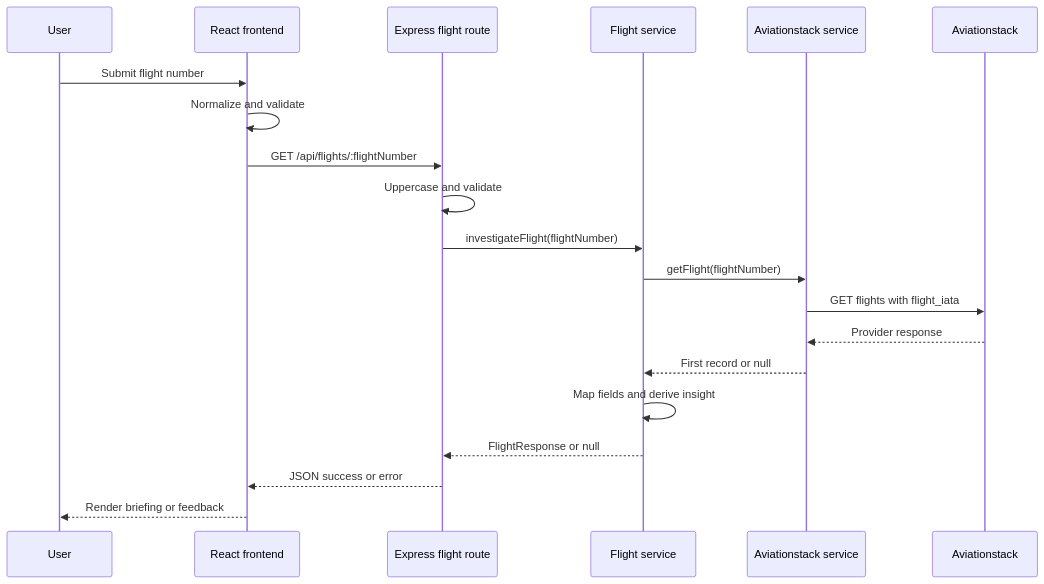
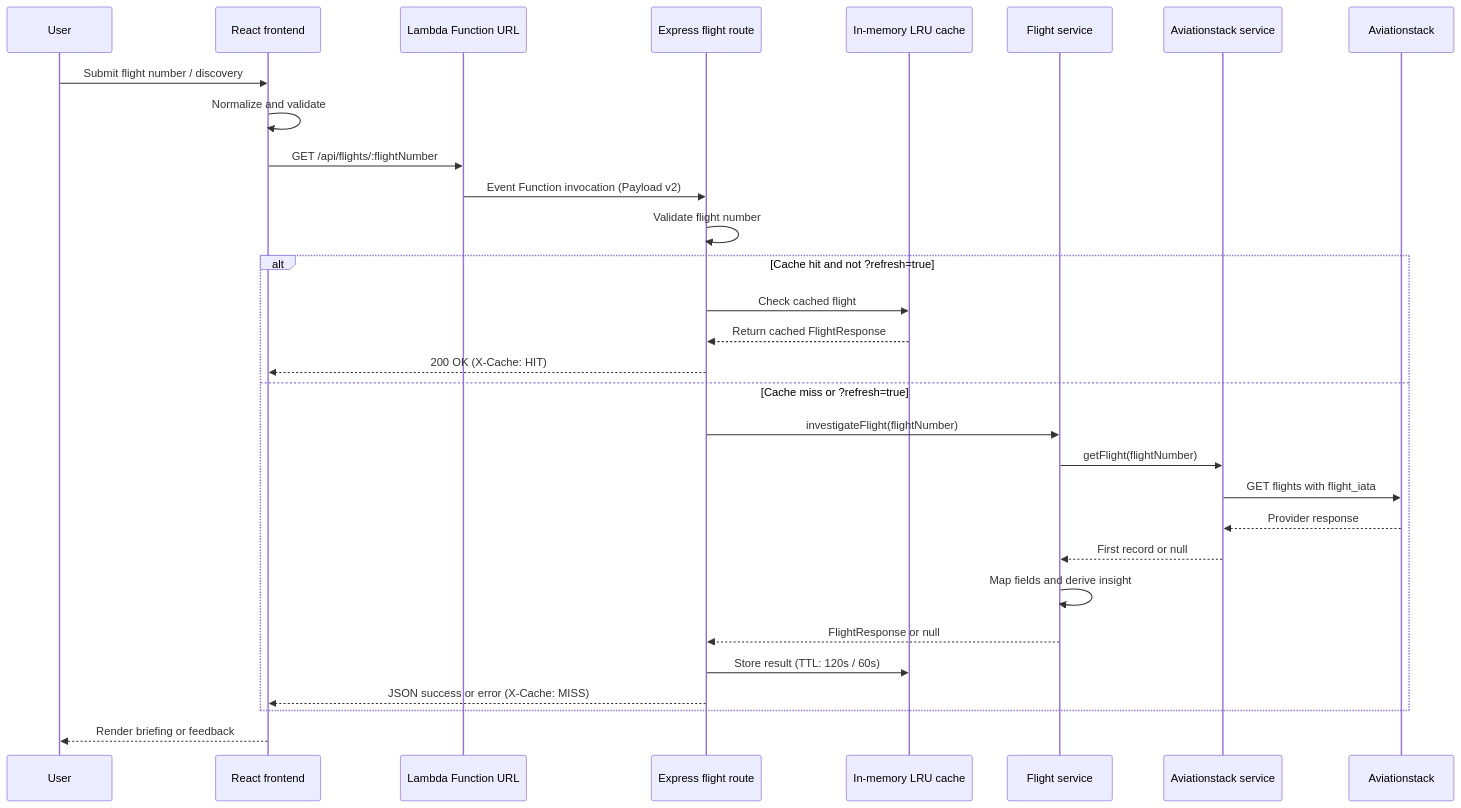
One commit to Yuktha01/flight-detective changed the second of 2 diagrams in docs/HLD.md. Above: the diagram before and after it, drawn with Mermaid. The commit also changed other lines of this file and 3 other files, not shown here.

Commit message:
docs: update HLD, LLD, and system design for Lambda Function URL architecture

````diff
--- a/docs/HLD.md
+++ b/docs/HLD.md
@@ -63,23 +71,33 @@
 ```mermaid
 sequenceDiagram
     participant User
     participant UI as React frontend
+    participant FURL as Lambda Function URL
     participant Route as Express flight route
+    participant Cache as In-memory LRU cache
     participant Flight as Flight service
     participant Provider as Aviationstack service
     participant AV as Aviationstack
 
-    User->>UI: Submit flight number
+    User->>UI: Submit flight number / discovery
     UI->>UI: Normalize and validate
-    UI->>Route: GET /api/flights/:flightNumber
-    Route->>Route: Uppercase and validate
-    Route->>Flight: investigateFlight(flightNumber)
-    Flight->>Provider: getFlight(flightNumber)
-    Provider->>AV: GET flights with flight_iata
-    AV-->>Provider: Provider response
-    Provider-->>Flight: First record or null
-    Flight->>Flight: Map fields and derive insight
-    Flight-->>Route: FlightResponse or null
-    Route-->>UI: JSON success or error
+    UI->>FURL: GET /api/flights/:flightNumber
+    FURL->>Route: Event Function invocation (Payload v2)
+    Route->>Route: Validate flight number
+    alt Cache hit and not ?refresh=true
+        Route->>Cache: Check cached flight
+        Cache-->>Route: Return cached FlightResponse
+        Route-->>UI: 200 OK (X-Cache: HIT)
+    else Cache miss or ?refresh=true
+        Route->>Flight: investigateFlight(flightNumber)
+        Flight->>Provider: getFlight(flightNumber)
+        Provider->>AV: GET flights with flight_iata
+        AV-->>Provider: Provider response
+        Provider-->>Flight: First record or null
+        Flight->>Flight: Map fields and derive insight
+        Flight-->>Route: FlightResponse or null
+        Route->>Cache: Store result (TTL: 120s / 60s)
+        Route-->>UI: JSON success or error (X-Cache: MISS)
+    end
     UI-->>User: Render briefing or feedback
 ```
````
